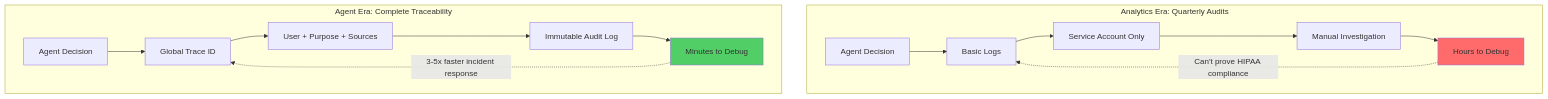
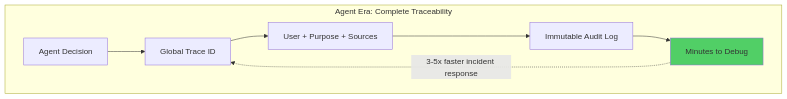
One commit to colaberry/enterprise-data-readiness-ai-agents changed diagram 13 of 13 in chapter-00/chapter_00_complete.md. Above: the diagram before and after it, drawn with Mermaid. The commit also changed other lines of this file and 4 other files, not shown here.

````diff
--- a/chapter-00/chapter_00_complete.md
+++ b/chapter-00/chapter_00_complete.md
@@ -749,21 +763,12 @@
 ```mermaid
 graph TB
-    subgraph "Analytics Era: Quarterly Audits"
-        A1[Agent Decision] --> A2[Basic Logs]
-        A2 --> A3[Service Account Only]
-        A3 --> A4[Manual Investigation]
-        A4 --> A5[Hours to Debug]
-        style A5 fill:#ff6b6b
-    end
-    
     subgraph "Agent Era: Complete Traceability"
         B1[Agent Decision] --> B2[Global Trace ID]
         B2 --> B3[User + Purpose + Sources]
         B3 --> B4[Immutable Audit Log]
         B4 --> B5[Minutes to Debug]
         style B5 fill:#51cf66
     end
     
-    A5 -.->|Can't prove HIPAA compliance| A2
     B5 -.->|3-5x faster incident response| B2
 ```
````
